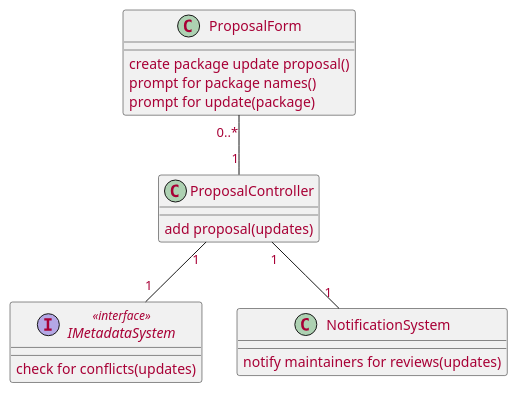
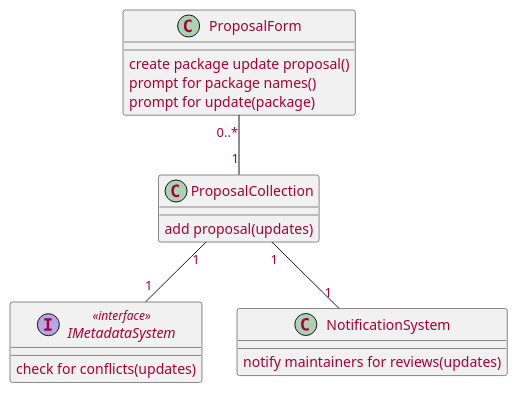
The ninth of 14 diagrams in source/solution/use-case-design.rst (McSinyx/ipppi), drawn with PlantUML before and after one commit. The commit also changed other lines of this file and 4 other files, not shown here.

```diff
--- a/source/solution/use-case-design.rst
+++ b/source/solution/use-case-design.rst
@@ -272,25 +307,25 @@
 .. uml::
 
    skinparam defaultFontColor #a80036
 
    class ProposalForm {
       create package update proposal()
       prompt for package names()
       prompt for update(package)
    }
 
-   class ProposalController {
+   class ProposalCollection {
       add proposal(updates)
    }
 
    interface IMetadataSystem <<interface>> {
       check for conflicts(updates)
    }
 
    class NotificationSystem {
       notify maintainers for reviews(updates)
    }
 
-   ProposalForm "0..*" -- "1" ProposalController
-   ProposalController "1" -- "1" IMetadataSystem
-   ProposalController "1" -- "1" NotificationSystem
+   ProposalForm "0..*" -- "1" ProposalCollection
+   ProposalCollection "1" -- "1" IMetadataSystem
+   ProposalCollection "1" -- "1" NotificationSystem
```
